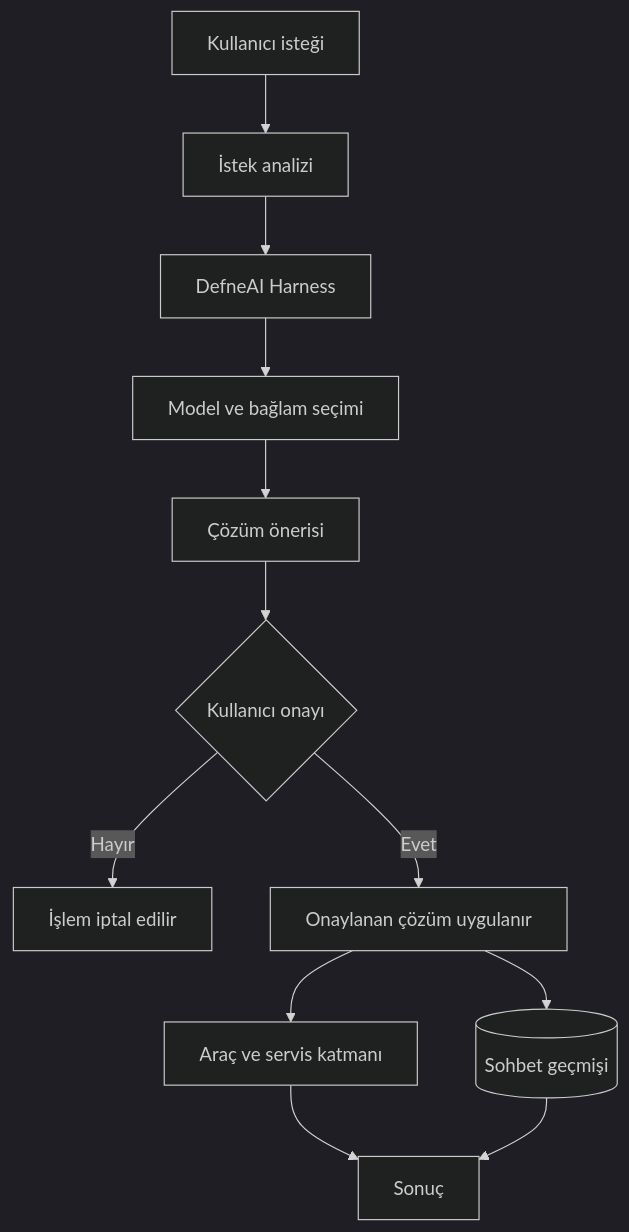
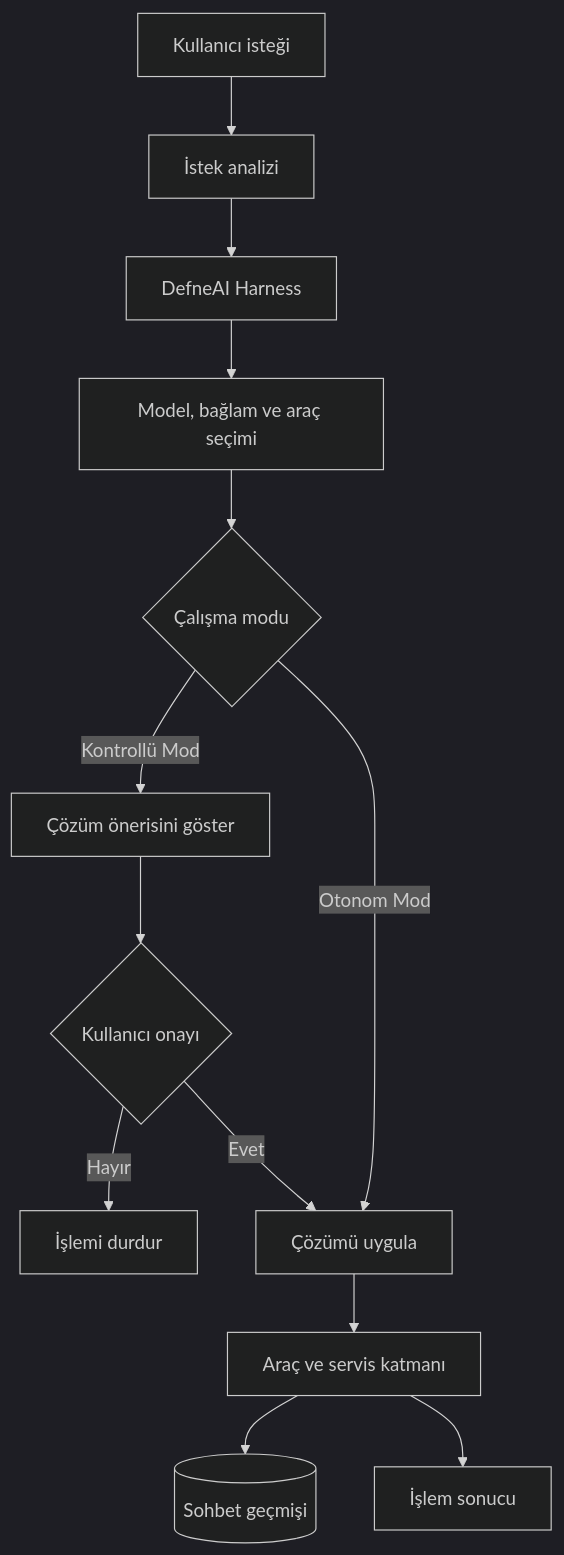
Before and after one commit to emreucbudak/DefneAI: the diagram in README.md, drawn with Mermaid (dark theme). The commit also changed other lines of this file, not shown here.

````diff
--- a/README.md
+++ b/README.md
@@ -142,16 +150,18 @@
 ```mermaid
 flowchart TD
     A[Kullanıcı isteği] --> B[İstek analizi]
     B --> C[DefneAI Harness]
-    C --> D[Model ve bağlam seçimi]
-    D --> E[Çözüm önerisi]
-    E --> F{Kullanıcı onayı}
+    C --> D[Model, bağlam ve araç seçimi]
+    D --> E{Çalışma modu}
 
-    F -->|Hayır| G[İşlem iptal edilir]
-    F -->|Evet| H[Onaylanan çözüm uygulanır]
+    E -->|Kontrollü Mod| F[Çözüm önerisini göster]
+    F --> G{Kullanıcı onayı}
+    G -->|Hayır| H[İşlemi durdur]
+    G -->|Evet| I[Çözümü uygula]
 
-    H --> I[Araç ve servis katmanı]
-    H --> J[(Sohbet geçmişi)]
-    I --> K[Sonuç]
-    J --> K
+    E -->|Otonom Mod| I
+
+    I --> J[Araç ve servis katmanı]
+    J --> K[(Sohbet geçmişi)]
+    J --> L[İşlem sonucu]
 ```
````
